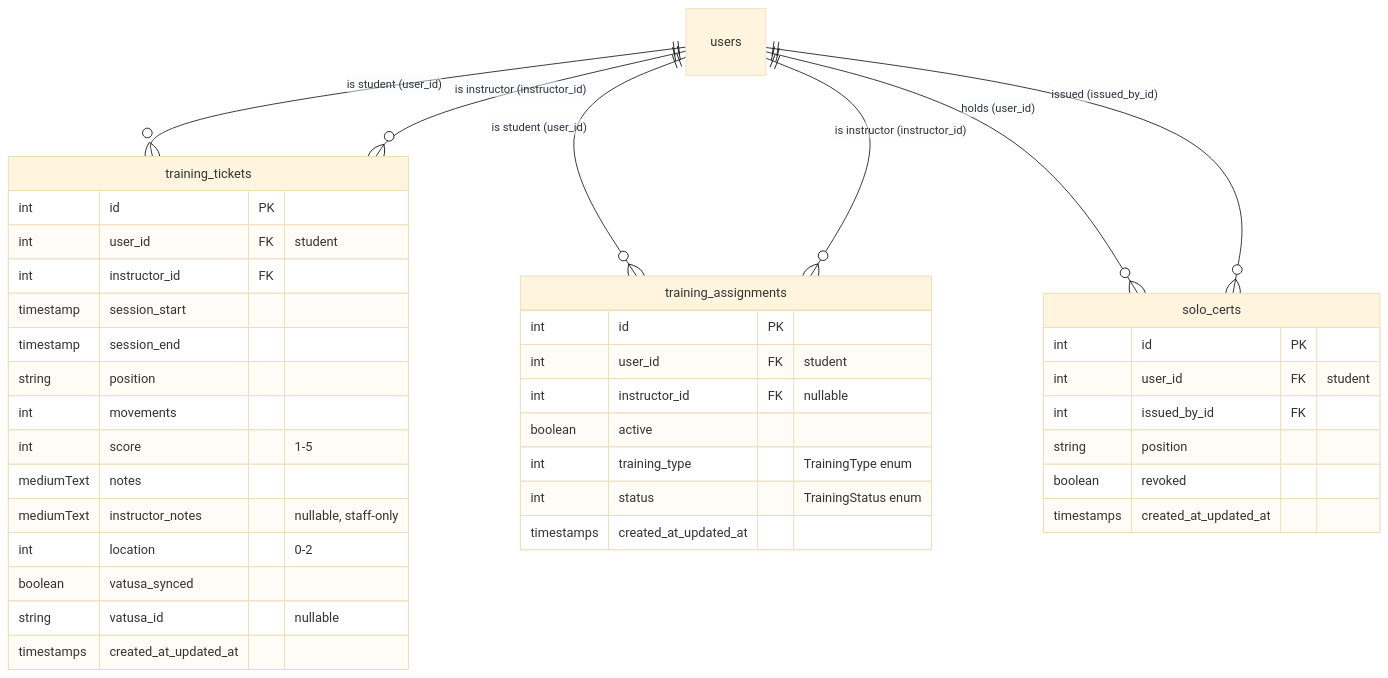
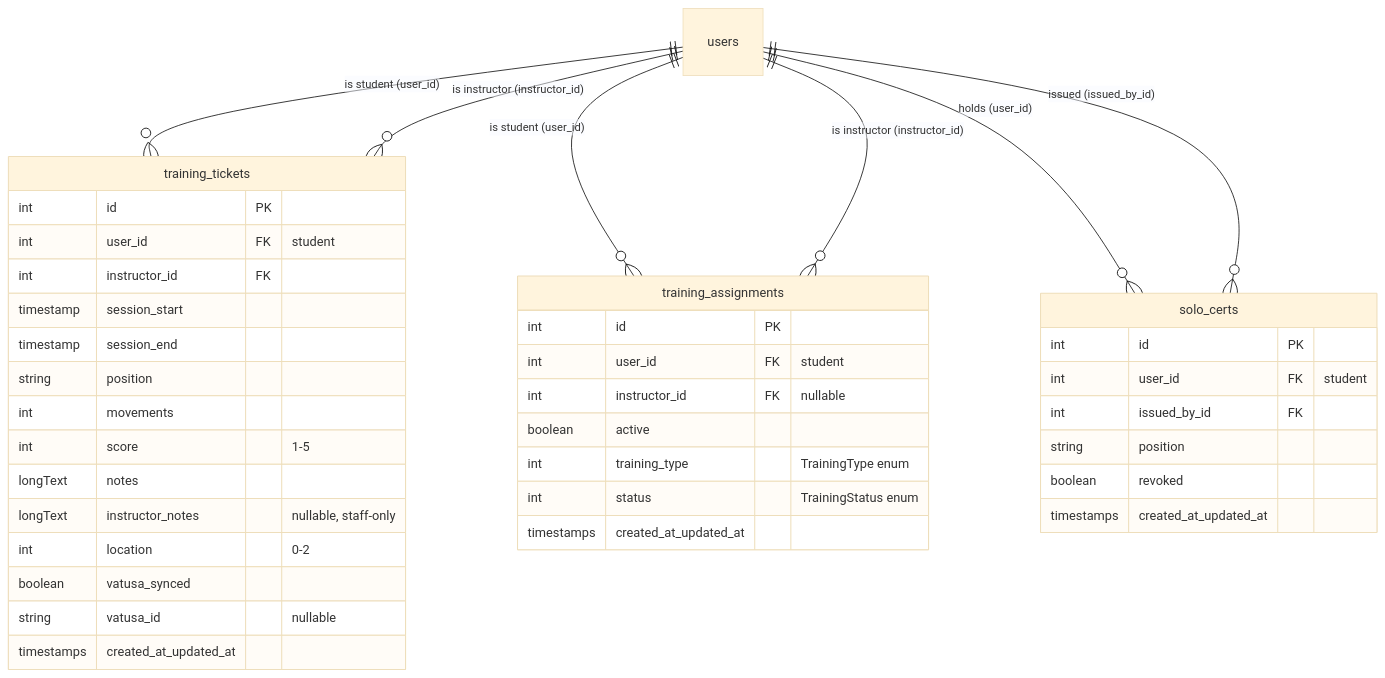
The diagram in docs/systems/training.md (archie-paice/site-laravel), drawn with Mermaid (base theme) before and after one commit. The commit also changed other lines of this file and 5 other files, not shown here.

````diff
--- a/docs/systems/training.md
+++ b/docs/systems/training.md
@@ -83,45 +83,45 @@
 ```mermaid
 erDiagram
     users ||--o{ training_tickets : "is student (user_id)"
     users ||--o{ training_tickets : "is instructor (instructor_id)"
     users ||--o{ training_assignments : "is student (user_id)"
     users ||--o{ training_assignments : "is instructor (instructor_id)"
     users ||--o{ solo_certs : "holds (user_id)"
     users ||--o{ solo_certs : "issued (issued_by_id)"
 
     training_tickets {
         int id PK
         int user_id FK "student"
         int instructor_id FK
         timestamp session_start
         timestamp session_end
         string position
         int movements
         int score "1-5"
-        mediumText notes
-        mediumText instructor_notes "nullable, staff-only"
+        longText notes
+        longText instructor_notes "nullable, staff-only"
         int location "0-2"
         boolean vatusa_synced
         string vatusa_id "nullable"
         timestamps created_at_updated_at
     }
 
     training_assignments {
         int id PK
         int user_id FK "student"
         int instructor_id FK "nullable"
         boolean active
         int training_type "TrainingType enum"
         int status "TrainingStatus enum"
         timestamps created_at_updated_at
     }
 
     solo_certs {
         int id PK
         int user_id FK "student"
         int issued_by_id FK
         string position
         boolean revoked
         timestamps created_at_updated_at
     }
 ```
````
